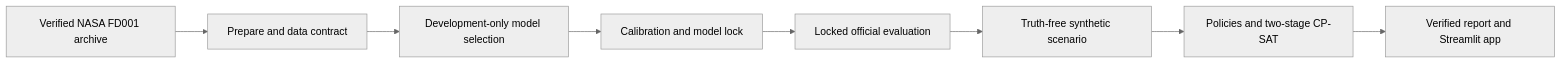
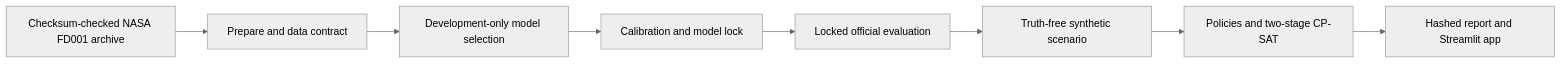
One commit to EfeErim/aeromaintain-ai changed the diagram in docs/architecture.md. Above: the diagram before and after it, drawn with Mermaid (neutral theme). The commit also changed other lines of this file and 7 other files, not shown here.

````diff
--- a/docs/architecture.md
+++ b/docs/architecture.md
@@ -5,10 +5,10 @@
 ```mermaid
 flowchart LR
-    A["Verified NASA FD001 archive"] --> B["Prepare and data contract"]
+    A["Checksum-checked NASA FD001 archive"] --> B["Prepare and data contract"]
     B --> C["Development-only model selection"]
     C --> D["Calibration and model lock"]
     D --> E["Locked official evaluation"]
     E --> F["Truth-free synthetic scenario"]
     F --> G["Policies and two-stage CP-SAT"]
-    G --> H["Verified report and Streamlit app"]
+    G --> H["Hashed report and Streamlit app"]
 ```
````
